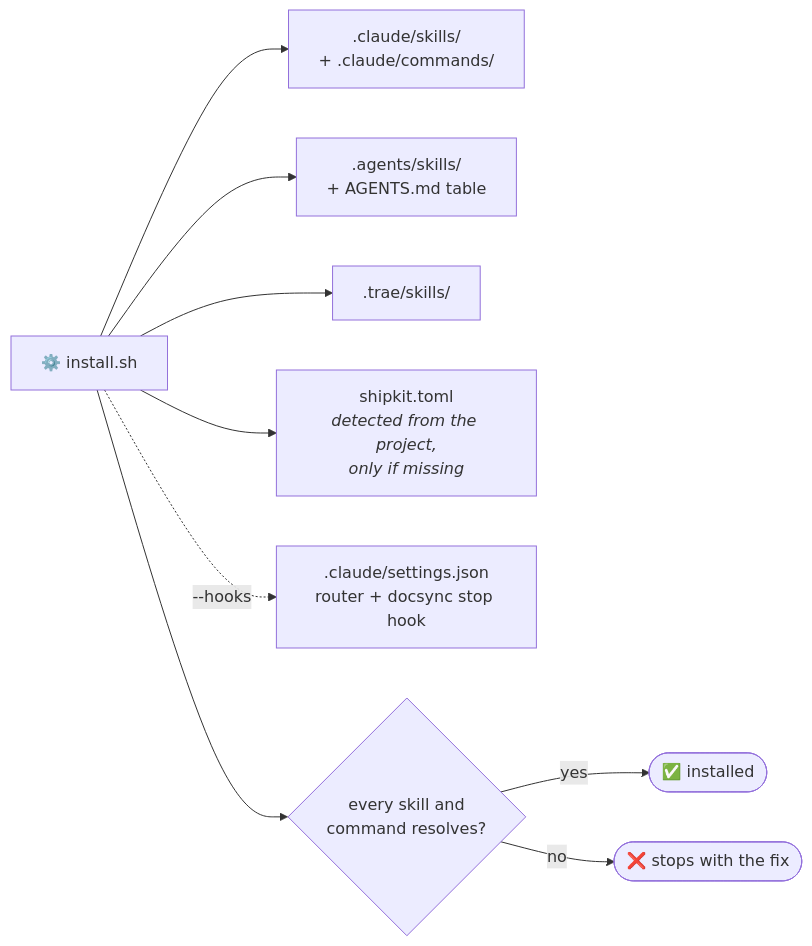
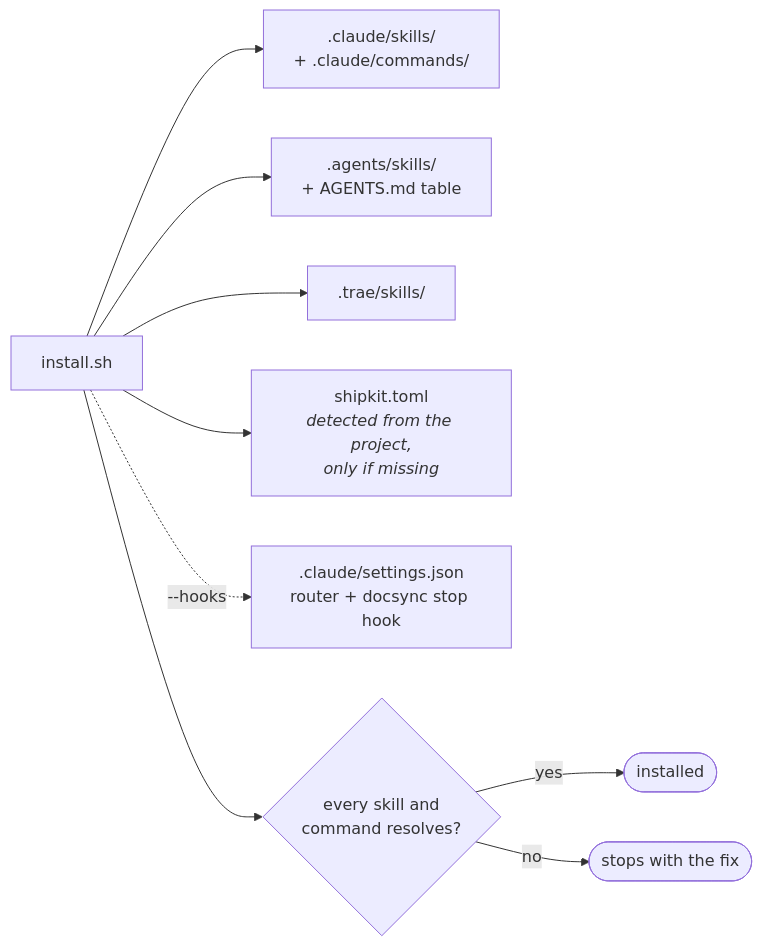
The sixth of 7 diagrams in README.md (kshanxs/shipkit), drawn with Mermaid before and after one commit. The commit also changed other lines of this file, not shown here.

Commit message:
docs(readme): remove emoji so the docs check passes

````diff
--- a/README.md
+++ b/README.md
@@ -262,11 +262,11 @@
 ```mermaid
 flowchart LR
-    inst["⚙️ install.sh"] --> claude[".claude/skills/<br/>+ .claude/commands/"]
+    inst["install.sh"] --> claude[".claude/skills/<br/>+ .claude/commands/"]
     inst --> agents[".agents/skills/<br/>+ AGENTS.md table"]
     inst --> trae[".trae/skills/"]
     inst --> toml["shipkit.toml<br/><i>detected from the project,<br/>only if missing</i>"]
     inst -. "--hooks" .-> settings[".claude/settings.json<br/>router + docsync stop hook"]
     inst --> check{"every skill and<br/>command resolves?"}
-    check -- yes --> ok(["✅ installed"])
-    check -- no --> fail(["❌ stops with the fix"])
+    check -- yes --> ok(["installed"])
+    check -- no --> fail(["stops with the fix"])
 ```
````
